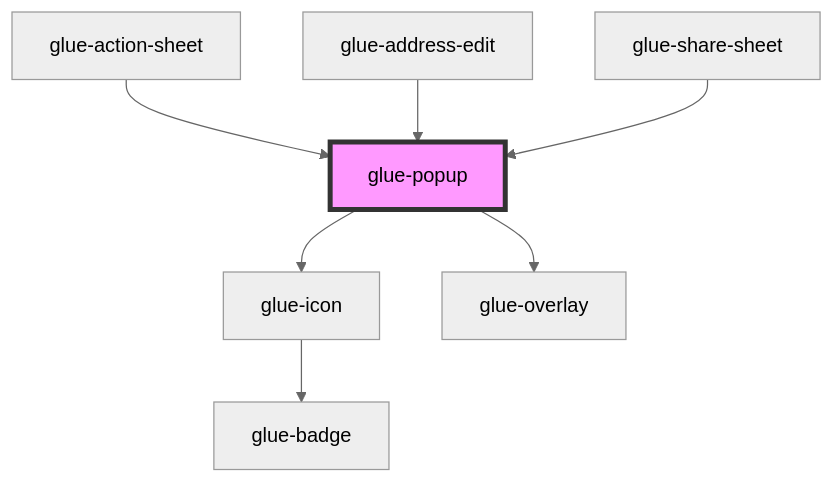
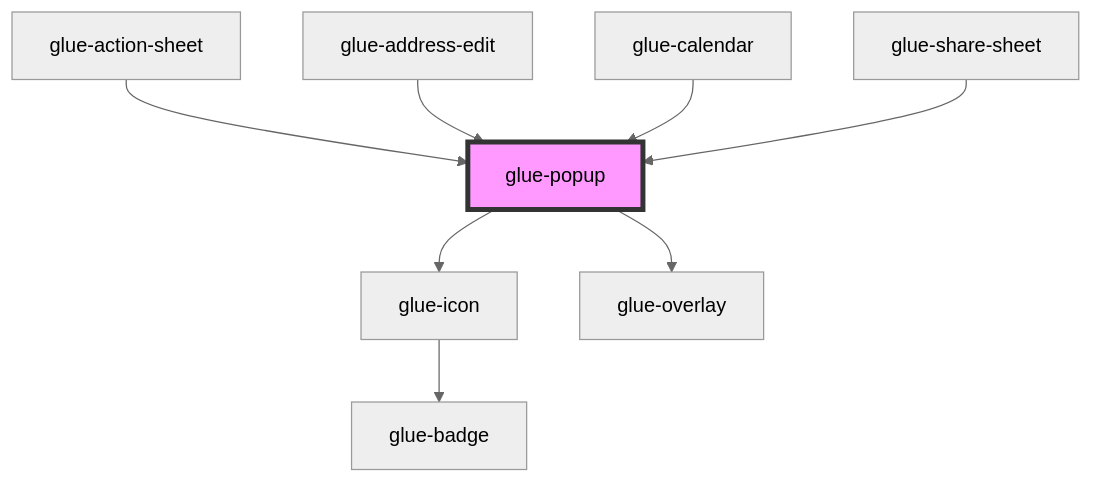
Before and after one commit to grasilife/glue: the diagram in packages/glue-components/src/components/glue-popup/readme.md, drawn with Mermaid (neutral theme). The commit also changed other lines of this file and 10 other files, not shown here.

````diff
--- a/packages/glue-components/src/components/glue-popup/readme.md
+++ b/packages/glue-components/src/components/glue-popup/readme.md
@@ -63,10 +64,11 @@
 ```mermaid
 graph TD;
   glue-popup --> glue-icon
   glue-popup --> glue-overlay
   glue-icon --> glue-badge
   glue-action-sheet --> glue-popup
   glue-address-edit --> glue-popup
+  glue-calendar --> glue-popup
   glue-share-sheet --> glue-popup
   style glue-popup fill:#f9f,stroke:#333,stroke-width:4px
 ```
````
